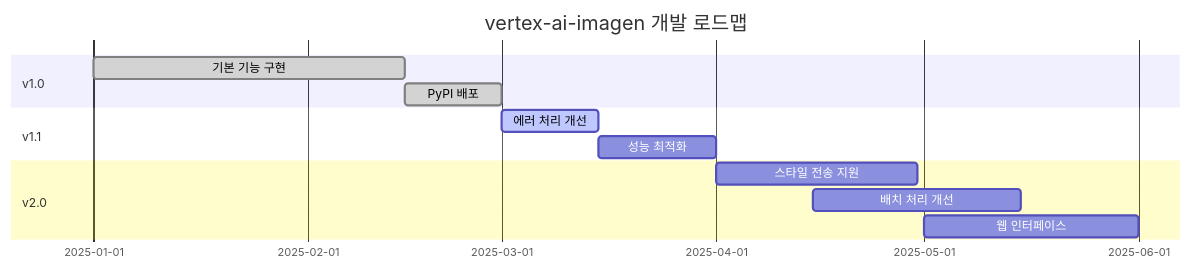
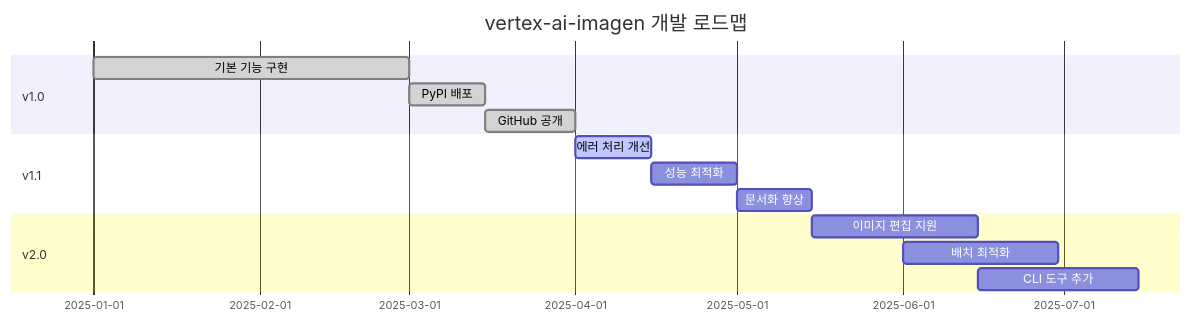
Before and after one commit to realcoding2003/realcoding.github.io: the fourth of 4 diagrams in _posts/2025-06-07-vertex-ai-imagen-python-package.md, drawn with Mermaid. The commit also changed other lines of this file, not shown here.

````diff
--- a/_posts/2025-06-07-vertex-ai-imagen-python-package.md
+++ b/_posts/2025-06-07-vertex-ai-imagen-python-package.md
@@ -356,17 +536,19 @@
 ```mermaid
 gantt
     title vertex-ai-imagen 개발 로드맵
     dateFormat YYYY-MM-DD
     section v1.0
-    기본 기능 구현    :done, v1-basic, 2025-01-01, 2025-02-15
-    PyPI 배포        :done, v1-deploy, 2025-02-15, 2025-03-01
+    기본 기능 구현     :done, v1-basic, 2025-01-01, 2025-03-01
+    PyPI 배포         :done, v1-deploy, 2025-03-01, 2025-03-15
+    GitHub 공개       :done, v1-github, 2025-03-15, 2025-04-01
     
     section v1.1
-    에러 처리 개선    :active, v1-1-error, 2025-03-01, 2025-03-15
-    성능 최적화      :v1-1-perf, 2025-03-15, 2025-04-01
+    에러 처리 개선     :active, v1-1-error, 2025-04-01, 2025-04-15
+    성능 최적화       :v1-1-perf, 2025-04-15, 2025-05-01
+    문서화 향상       :v1-1-docs, 2025-05-01, 2025-05-15
     
     section v2.0
-    스타일 전송 지원  :v2-style, 2025-04-01, 2025-04-30
-    배치 처리 개선    :v2-batch, 2025-04-15, 2025-05-15
-    웹 인터페이스    :v2-web, 2025-05-01, 2025-06-01
+    이미지 편집 지원   :v2-edit, 2025-05-15, 2025-06-15
+    배치 최적화       :v2-batch, 2025-06-01, 2025-06-30
+    CLI 도구 추가     :v2-cli, 2025-06-15, 2025-07-15
 ```
````
